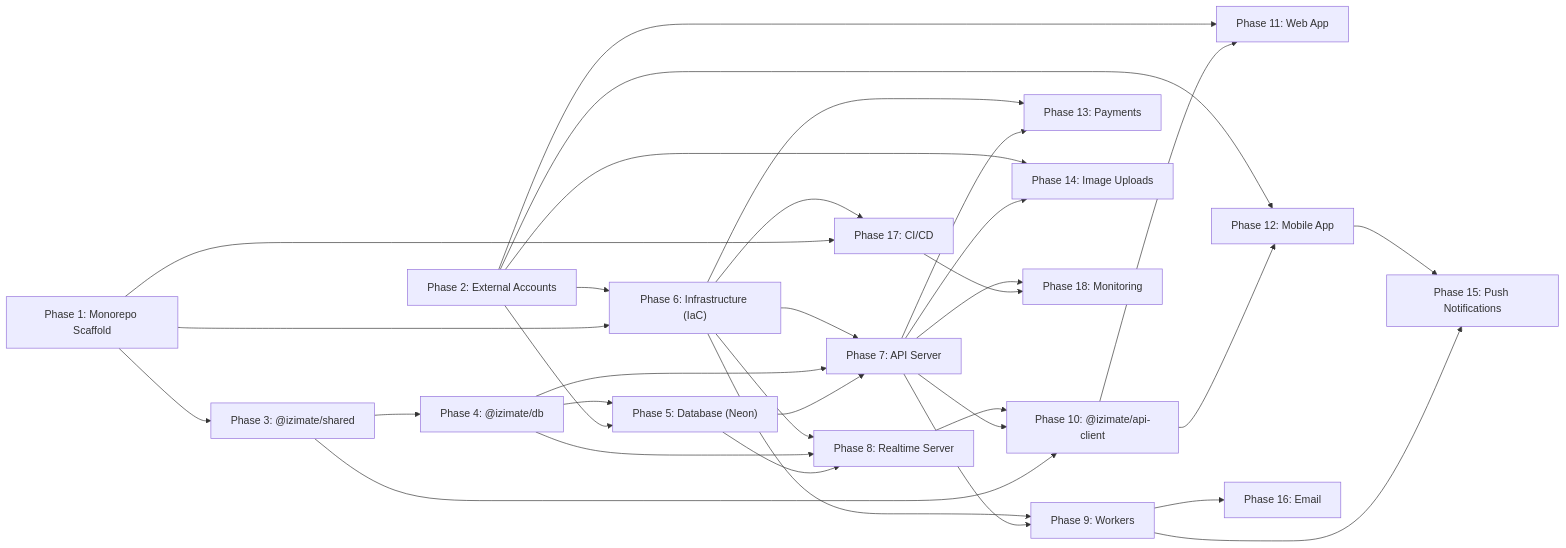
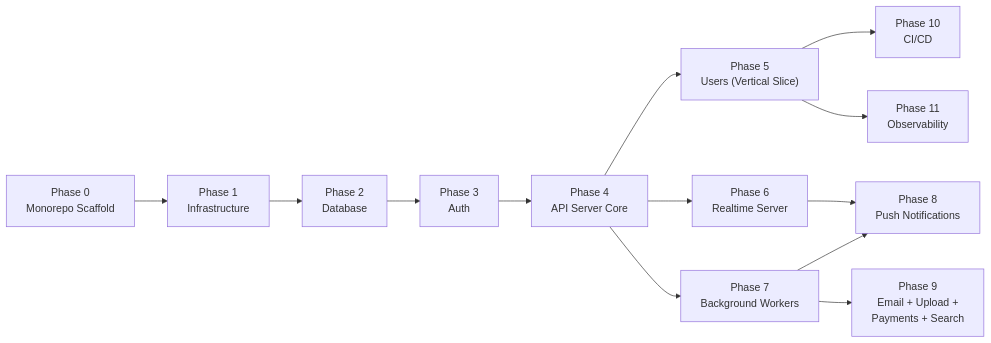
Before and after one commit to bojidaryovchev/izimate: the diagram in IMPLEMENTATION_PLAN.md, drawn with Mermaid. The commit also changed other lines of this file, not shown here.

````diff
--- a/IMPLEMENTATION_PLAN.md
+++ b/IMPLEMENTATION_PLAN.md
@@ -9,52 +335,24 @@
 ```mermaid
 graph LR
-    P1["Phase 1: Monorepo Scaffold"]
-    P2["Phase 2: External Accounts"]
+    P0["Phase 0<br/>Monorepo Scaffold"]
+    P1["Phase 1<br/>Infrastructure"]
+    P2["Phase 2<br/>Database"]
+    P3["Phase 3<br/>Auth"]
+    P4["Phase 4<br/>API Server Core"]
+    P5["Phase 5<br/>Users (Vertical Slice)"]
+    P6["Phase 6<br/>Realtime Server"]
+    P7["Phase 7<br/>Background Workers"]
+    P8["Phase 8<br/>Push Notifications"]
+    P9["Phase 9<br/>Email + Upload +<br/>Payments + Search"]
+    P10["Phase 10<br/>CI/CD"]
+    P11["Phase 11<br/>Observability"]
 
-    P1 --> P3["Phase 3: @izimate/shared"]
-    P3 --> P4["Phase 4: @izimate/db"]
-
-    P2 --> P5["Phase 5: Database (Neon)"]
+    P0 --> P1 --> P2 --> P3 --> P4
     P4 --> P5
-
-    P1 --> P6["Phase 6: Infrastructure (IaC)"]
-    P2 --> P6
-
-    P5 --> P7["Phase 7: API Server"]
+    P4 --> P6
     P4 --> P7
-    P6 --> P7
-
-    P5 --> P8["Phase 8: Realtime Server"]
-    P4 --> P8
-    P6 --> P8
-
-    P7 --> P9["Phase 9: Workers"]
-    P6 --> P9
-
-    P3 --> P10["Phase 10: @izimate/api-client"]
-    P7 --> P10
-    P8 --> P10
-
-    P10 --> P11["Phase 11: Web App"]
-    P2 --> P11
-
-    P10 --> P12["Phase 12: Mobile App"]
-    P2 --> P12
-
-    P7 --> P13["Phase 13: Payments"]
-    P6 --> P13
-
-    P7 --> P14["Phase 14: Image Uploads"]
-    P2 --> P14
-
-    P9 --> P15["Phase 15: Push Notifications"]
-    P12 --> P15
-
-    P9 --> P16["Phase 16: Email"]
-
-    P1 --> P17["Phase 17: CI/CD"]
-    P6 --> P17
-
-    P17 --> P18["Phase 18: Monitoring"]
-    P7 --> P18
+    P6 & P7 --> P8
+    P7 --> P9
+    P5 --> P10
+    P5 --> P11
 ```
````
